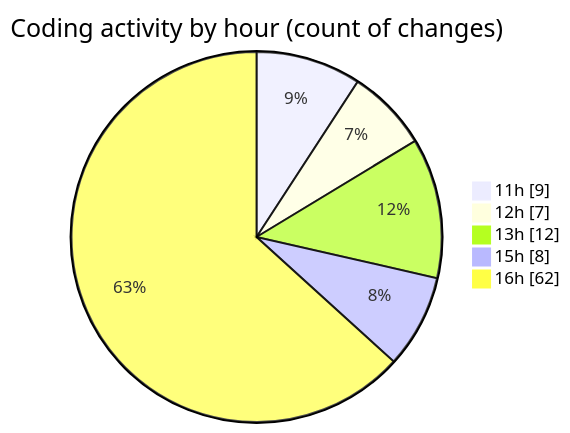
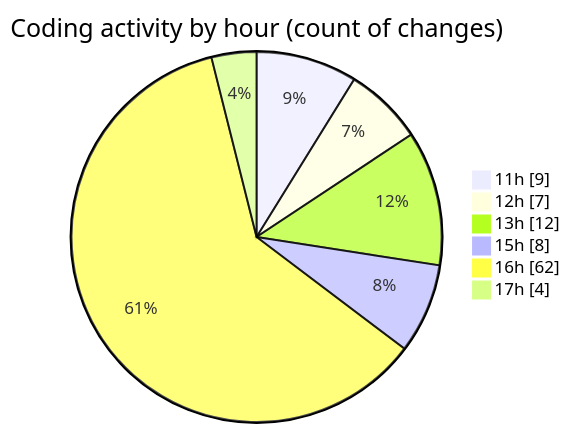
One commit to EIIisD/code-tracking changed the second of 2 diagrams in 2025-08-07/ribbon/README.md. Above: the diagram before and after it, drawn with Mermaid. The commit also changed other lines of this file and 1 other file, not shown here.

````diff
--- a/2025-08-07/ribbon/README.md
+++ b/2025-08-07/ribbon/README.md
@@ -48,9 +49,10 @@
 ```mermaid
 pie showData
 title Coding activity by hour (count of changes)
 "11h" : 9
 "12h" : 7
 "13h" : 12
 "15h" : 8
 "16h" : 62
+"17h" : 4
 ```
````
